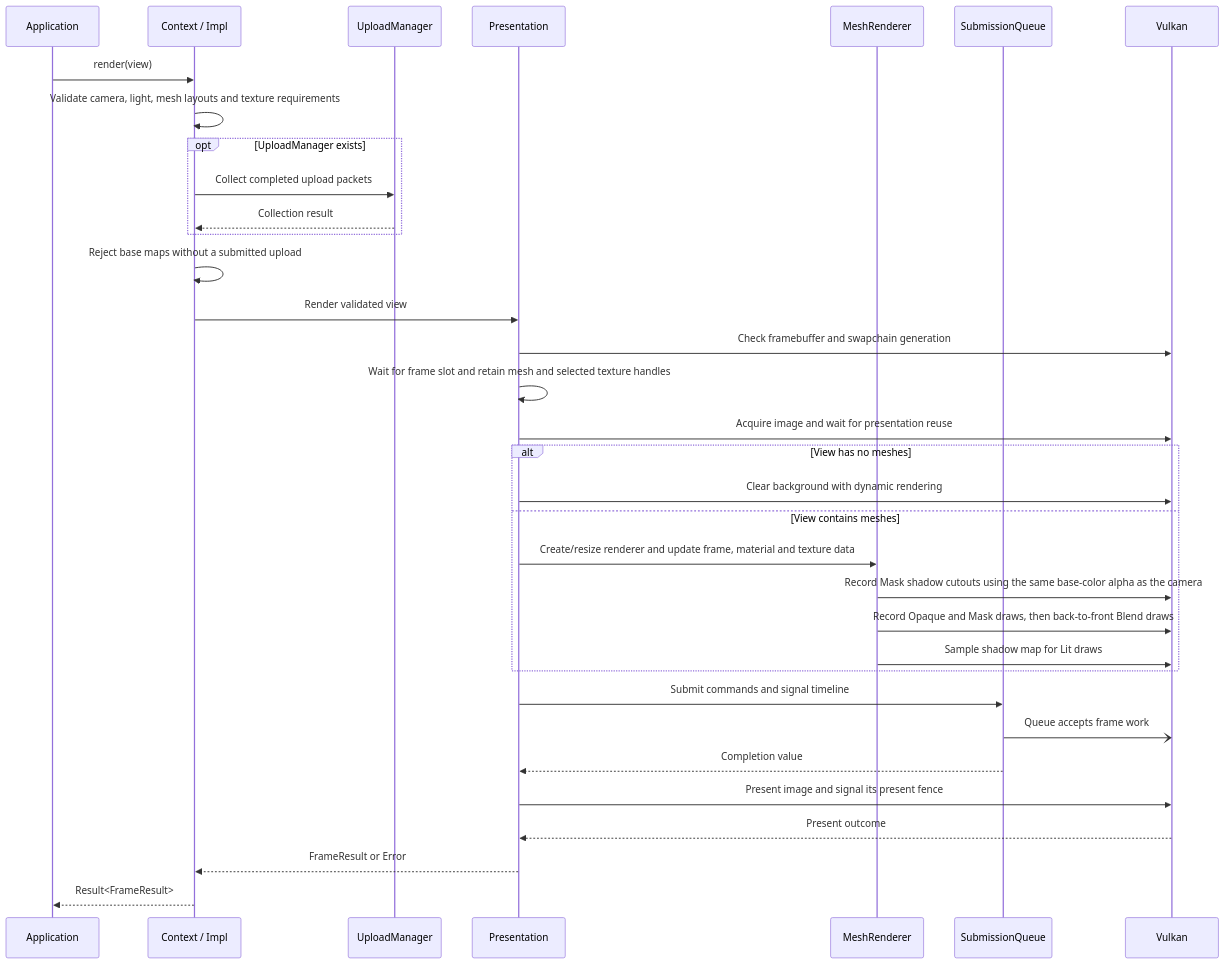
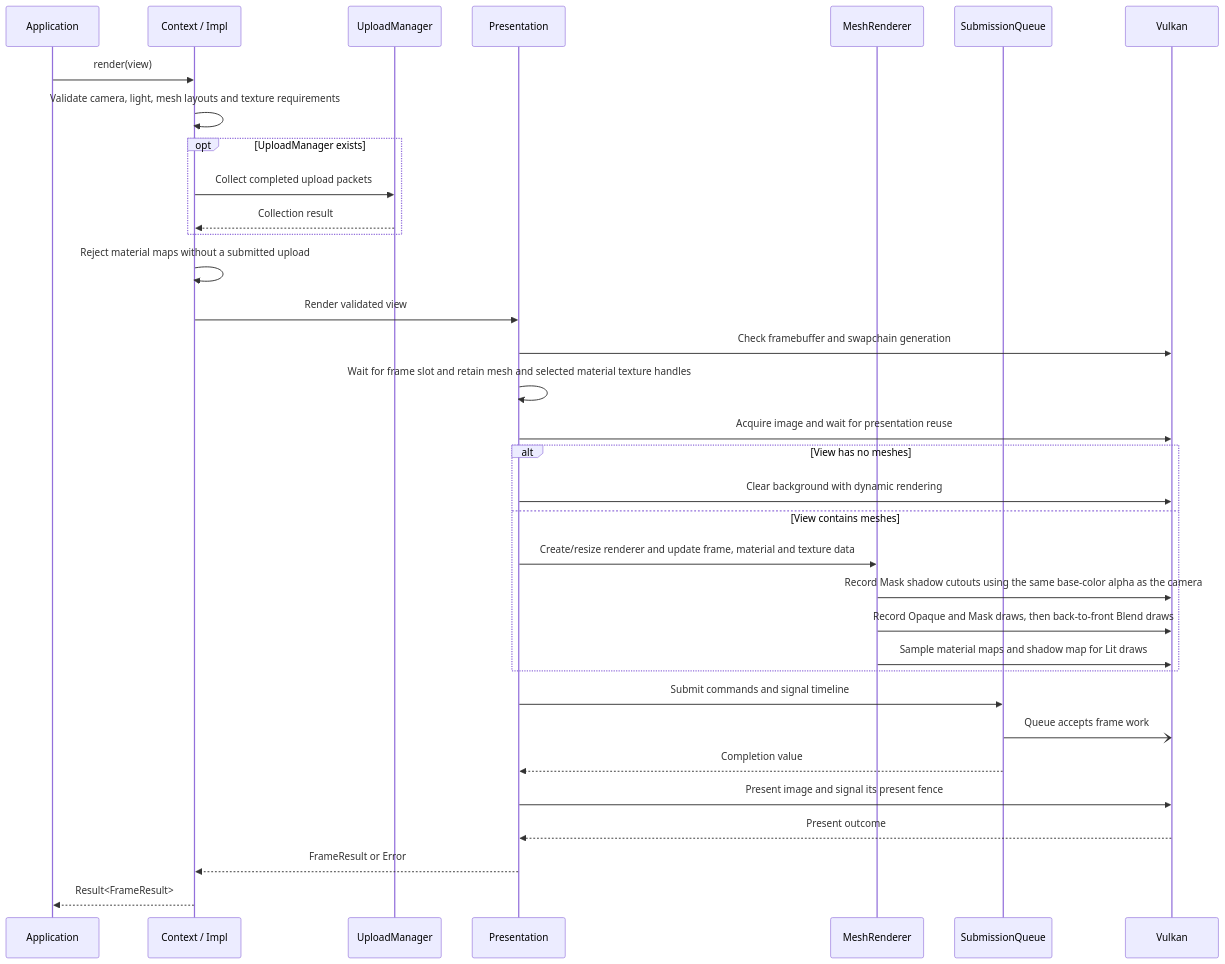
The diagram in docs/use-cases/render-view.md (a-soltysik/Panda), drawn with Mermaid before and after one commit. The commit also changed other lines of this file and 17 other files, not shown here.

Commit message:
Add optional metallic-roughness maps to mesh materials (#105)

````diff
--- a/docs/use-cases/render-view.md
+++ b/docs/use-cases/render-view.md
@@ -69,36 +73,36 @@
 ```mermaid
 sequenceDiagram
     participant A as Application
     participant C as Context / Impl
     participant U as UploadManager
     participant P as Presentation
     participant R as MeshRenderer
     participant Q as SubmissionQueue
     participant V as Vulkan
     A->>C: render(view)
     C->>C: Validate camera, light, mesh layouts and texture requirements
     opt UploadManager exists
         C->>U: Collect completed upload packets
         U-->>C: Collection result
     end
-    C->>C: Reject base maps without a submitted upload
+    C->>C: Reject material maps without a submitted upload
     C->>P: Render validated view
     P->>V: Check framebuffer and swapchain generation
-    P->>P: Wait for frame slot and retain mesh and selected texture handles
+    P->>P: Wait for frame slot and retain mesh and selected material texture handles
     P->>V: Acquire image and wait for presentation reuse
     alt View has no meshes
         P->>V: Clear background with dynamic rendering
     else View contains meshes
         P->>R: Create/resize renderer and update frame, material and texture data
         R->>V: Record Mask shadow cutouts using the same base-color alpha as the camera
         R->>V: Record Opaque and Mask draws, then back-to-front Blend draws
-        R->>V: Sample shadow map for Lit draws
+    R->>V: Sample material maps and shadow map for Lit draws
     end
     P->>Q: Submit commands and signal timeline
     Q-)V: Queue accepts frame work
     Q-->>P: Completion value
     P->>V: Present image and signal its present fence
     V-->>P: Present outcome
     P-->>C: FrameResult or Error
     C-->>A: Result<FrameResult>
 ```
````
